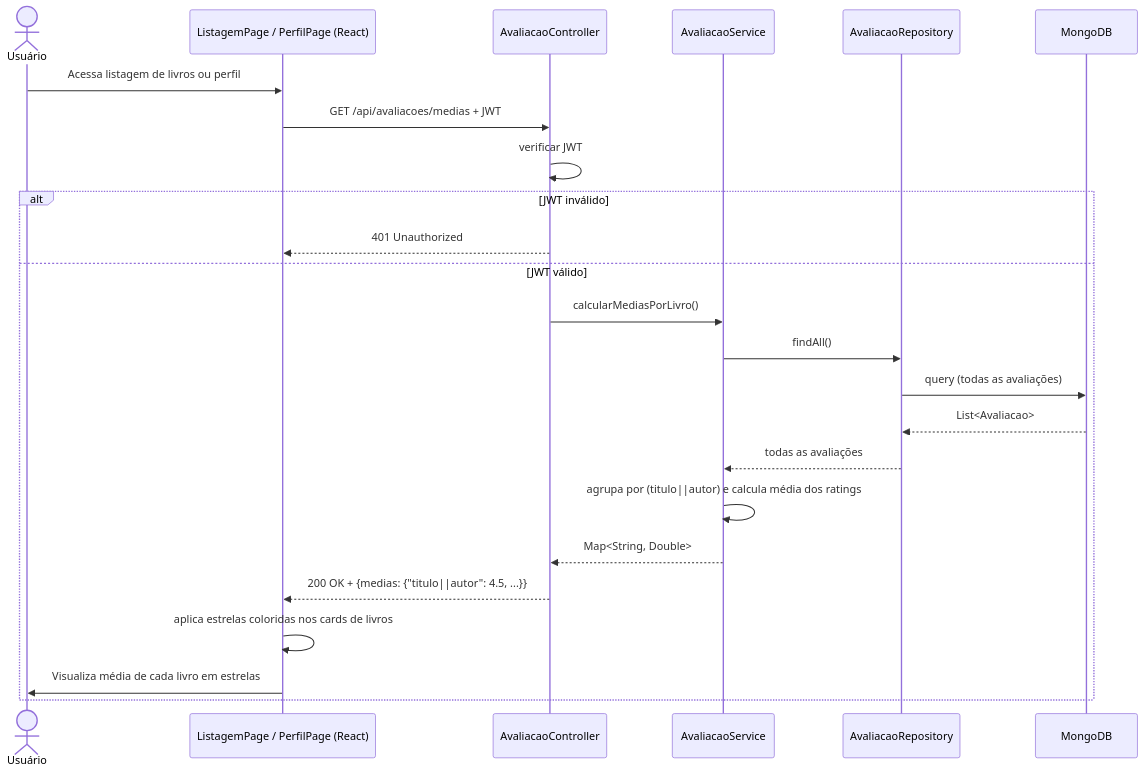
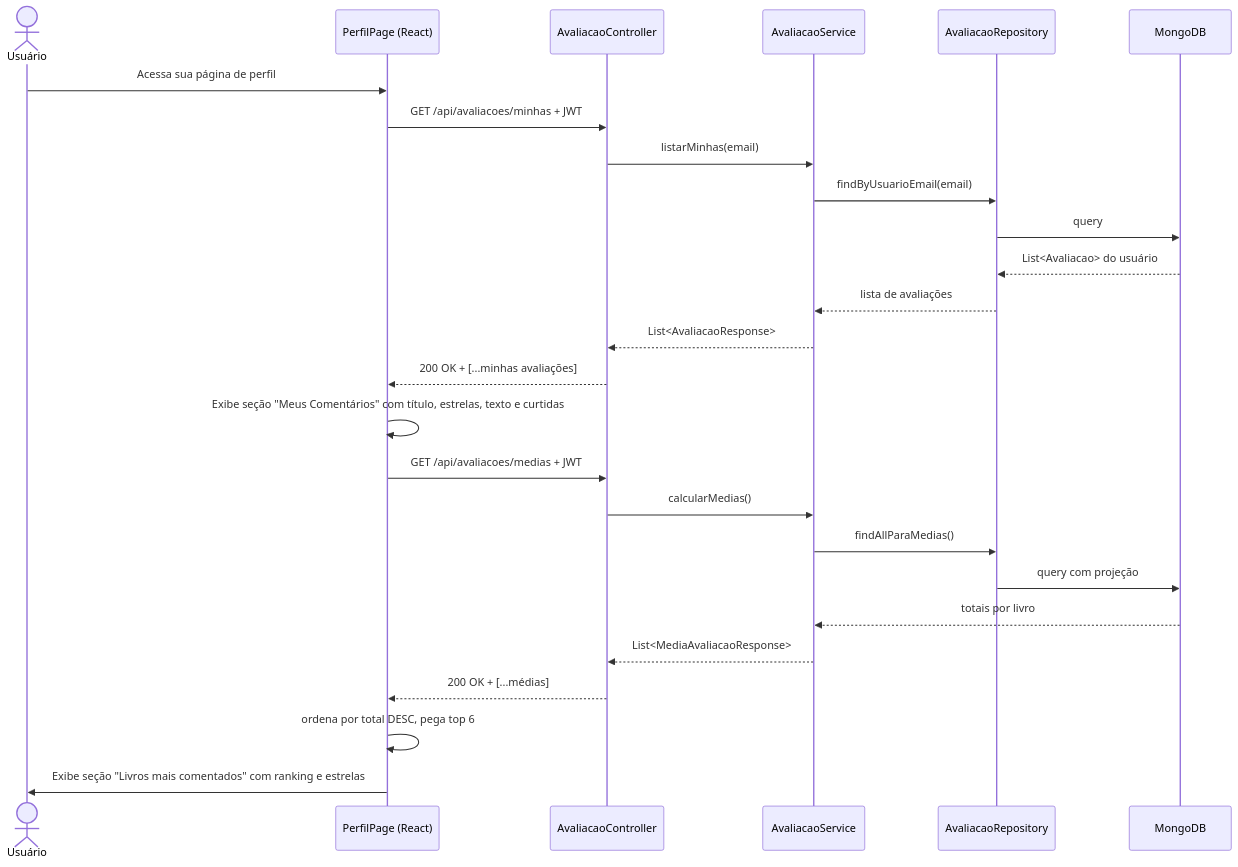
Before and after one commit to limmuz/biblioteca: diagram 19 of 20 in RTM.md, drawn with Mermaid. The commit also changed other lines of this file and 47 other files, not shown here.

First line of the commit message:
Adicionar curtir/responder avaliacoes, upload Cloudinary, perfis seguidos no BD e corrigir Sonar nos testes

````diff
--- a/RTM.md
+++ b/RTM.md
@@ -566,27 +681,30 @@
 ```mermaid
 sequenceDiagram
     actor U as Usuário
-    participant F as ListagemPage / PerfilPage (React)
-    participant C as AvaliacaoController
-    participant S as AvaliacaoService
-    participant R as AvaliacaoRepository
+    participant F as PerfilPage (React)
+    participant AC as AvaliacaoController
+    participant AS as AvaliacaoService
+    participant AR as AvaliacaoRepository
     participant M as MongoDB
 
-    U->>F: Acessa listagem de livros ou perfil
-    F->>C: GET /api/avaliacoes/medias + JWT
-    C->>C: verificar JWT
-    alt JWT inválido
-        C-->>F: 401 Unauthorized
-    else JWT válido
-        C->>S: calcularMediasPorLivro()
-        S->>R: findAll()
-        R->>M: query (todas as avaliações)
-        M-->>R: List<Avaliacao>
-        R-->>S: todas as avaliações
-        S->>S: agrupa por (titulo||autor) e calcula média dos ratings
-        S-->>C: Map<String, Double>
-        C-->>F: 200 OK + {medias: {"titulo||autor": 4.5, ...}}
-        F->>F: aplica estrelas coloridas nos cards de livros
-        F->>U: Visualiza média de cada livro em estrelas
-    end
+    U->>F: Acessa sua página de perfil
+    F->>AC: GET /api/avaliacoes/minhas + JWT
+    AC->>AS: listarMinhas(email)
+    AS->>AR: findByUsuarioEmail(email)
+    AR->>M: query
+    M-->>AR: List<Avaliacao> do usuário
+    AR-->>AS: lista de avaliações
+    AS-->>AC: List<AvaliacaoResponse>
+    AC-->>F: 200 OK + [...minhas avaliações]
+    F->>F: Exibe seção "Meus Comentários" com título, estrelas, texto e curtidas
+
+    F->>AC: GET /api/avaliacoes/medias + JWT
+    AC->>AS: calcularMedias()
+    AS->>AR: findAllParaMedias()
+    AR->>M: query com projeção
+    M-->>AS: totais por livro
+    AS-->>AC: List<MediaAvaliacaoResponse>
+    AC-->>F: 200 OK + [...médias]
+    F->>F: ordena por total DESC, pega top 6
+    F->>U: Exibe seção "Livros mais comentados" com ranking e estrelas
 ```
````
